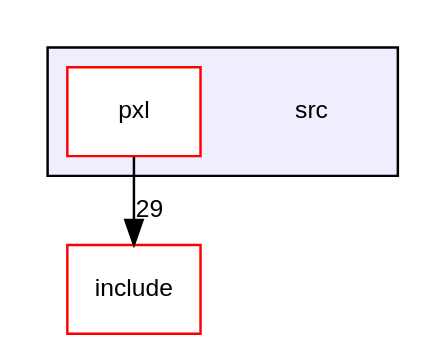
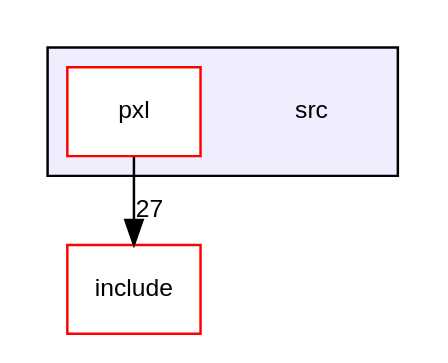
Before and after one commit to Pixel-Lib/Pixel: the diagram in dir_68267d1309a1af8e8297ef4c3efbcdba_dep.dot, drawn with Graphviz. The commit also changed 135 other files, not shown here.

```diff
--- a/dir_68267d1309a1af8e8297ef4c3efbcdba_dep.dot
+++ b/dir_68267d1309a1af8e8297ef4c3efbcdba_dep.dot
@@ -1,12 +1,12 @@
 digraph "src" {
   compound=true
   node [ fontsize="10", fontname="Helvetica"];
   edge [ labelfontsize="10", labelfontname="Helvetica"];
   subgraph clusterdir_68267d1309a1af8e8297ef4c3efbcdba {
     graph [ bgcolor="#eeeeff", pencolor="black", label="" URL="dir_68267d1309a1af8e8297ef4c3efbcdba.html"];
     dir_68267d1309a1af8e8297ef4c3efbcdba [shape=plaintext label="src"];
   dir_87a857eff530ad659c1a04633acb58d5 [shape=box label="pxl" fillcolor="white" style="filled" color="red" URL="dir_87a857eff530ad659c1a04633acb58d5.html"];
   }
   dir_d44c64559bbebec7f509842c48db8b23 [shape=box label="include" fillcolor="white" style="filled" color="red" URL="dir_d44c64559bbebec7f509842c48db8b23.html"];
-  dir_87a857eff530ad659c1a04633acb58d5->dir_d44c64559bbebec7f509842c48db8b23 [headlabel="29", labeldistance=1.5 headhref="dir_000005_000000.html"];
+  dir_87a857eff530ad659c1a04633acb58d5->dir_d44c64559bbebec7f509842c48db8b23 [headlabel="27", labeldistance=1.5 headhref="dir_000005_000000.html"];
 }
```
